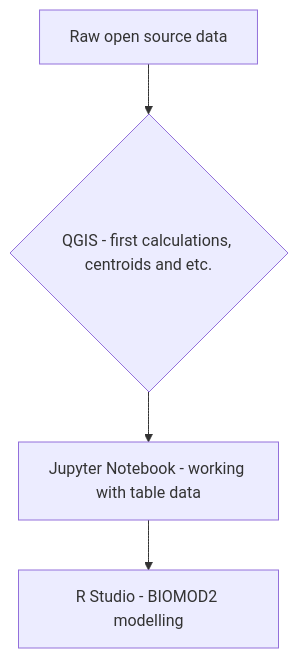
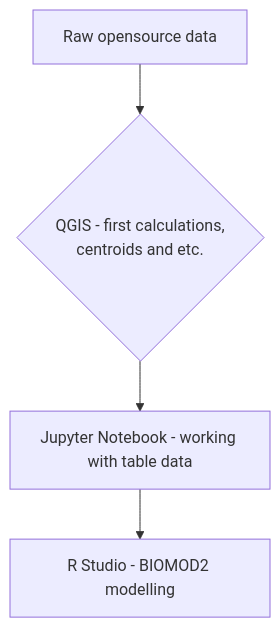
One commit to eltarotassadar/econ-dev-NAO changed the diagram in README.md. Above: the diagram before and after it, drawn with Mermaid.

````diff
--- a/README.md
+++ b/README.md
@@ -11,6 +11,7 @@
 ```mermaid
   graph TD;
-      A[Raw open source data]-->B{QGIS - first calculations, centroids and etc.};
+      A[Raw opensource data]-->B{QGIS - first calculations, 
+      centroids and etc.};
       B-->C[Jupyter Notebook - working with table data];
       C-->D[R Studio - BIOMOD2 modelling];
 ```
````
